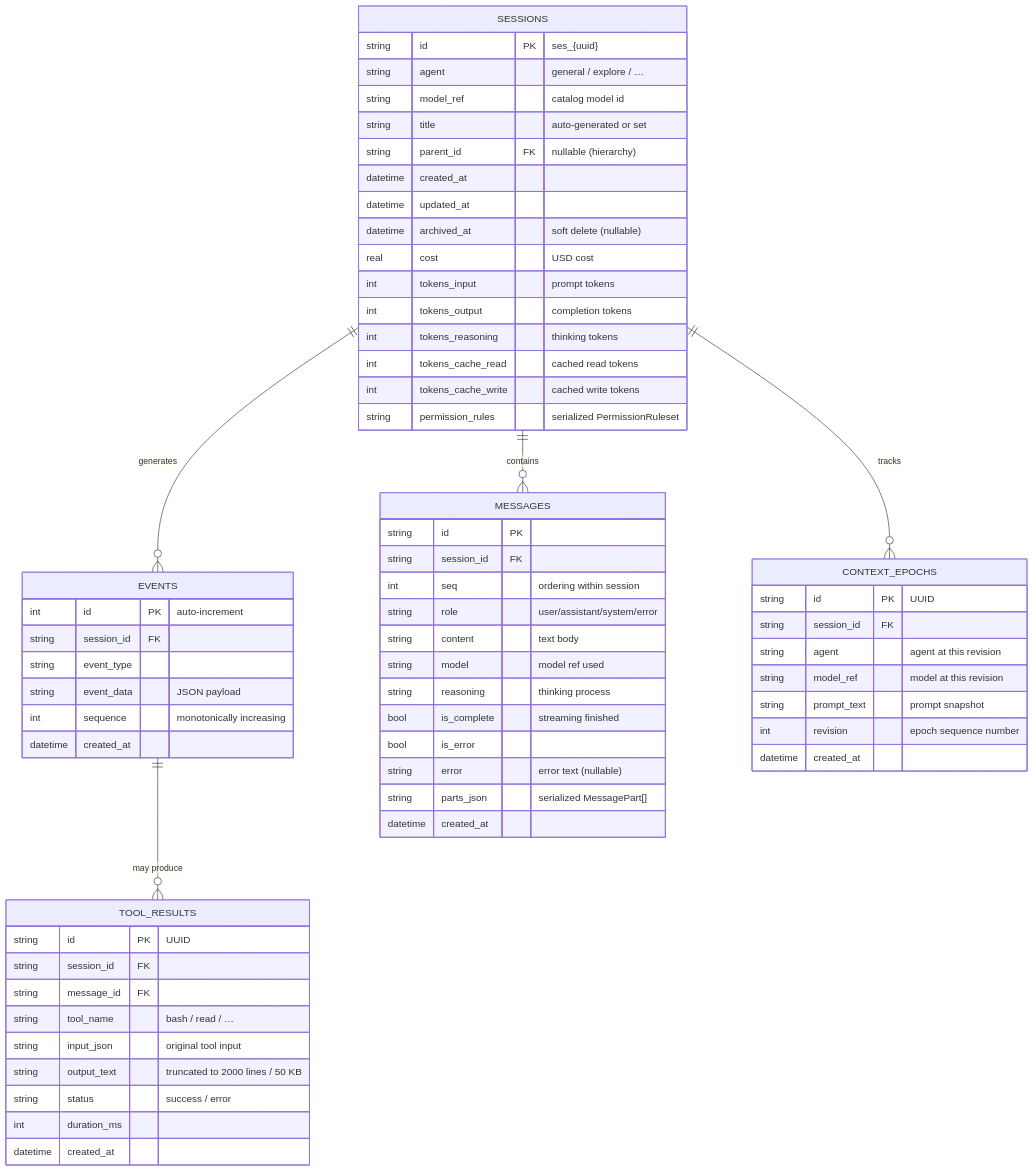
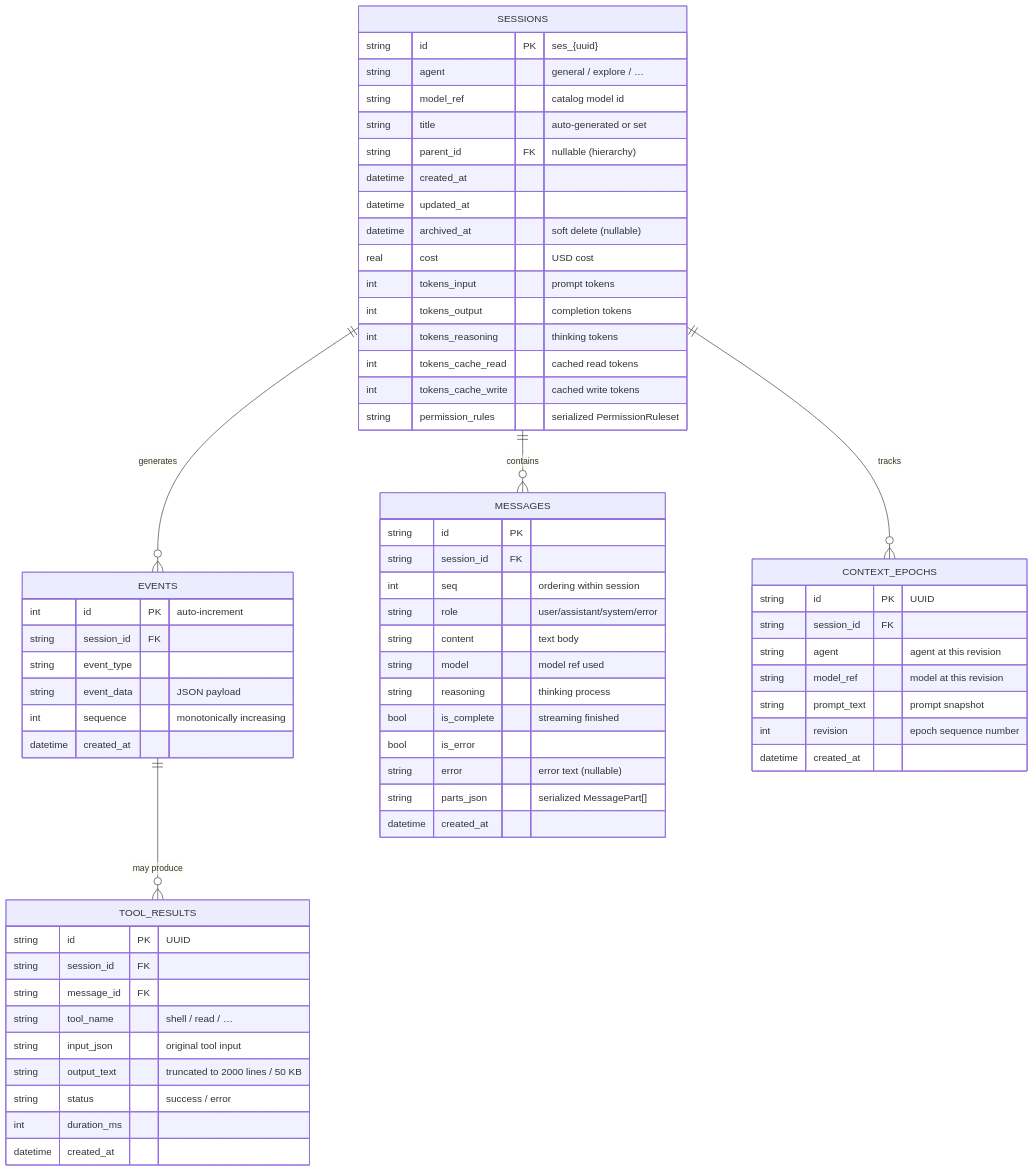
Before and after one commit to AmidVoshakul/chatorai: the first of 3 diagrams in docs/diagrams/sessions.md, drawn with Mermaid. The commit also changed 179 other files, not shown here.

First line of the commit message:
Refactor tool references from 'bash' to 'shell' across multiple test files and implementations

````diff
--- a/docs/diagrams/sessions.md
+++ b/docs/diagrams/sessions.md
@@ -10,71 +10,71 @@
 ```mermaid
 erDiagram
     SESSIONS ||--o{ EVENTS : "generates"
     SESSIONS ||--o{ MESSAGES : "contains"
     SESSIONS ||--o{ CONTEXT_EPOCHS : "tracks"
     EVENTS ||--o{ TOOL_RESULTS : "may produce"
 
     SESSIONS {
         string id PK "ses_{uuid}"
         string agent "general / explore / …"
         string model_ref "catalog model id"
         string title "auto-generated or set"
         string parent_id FK "nullable (hierarchy)"
         datetime created_at
         datetime updated_at
         datetime archived_at "soft delete (nullable)"
         real cost "USD cost"
         int tokens_input "prompt tokens"
         int tokens_output "completion tokens"
         int tokens_reasoning "thinking tokens"
         int tokens_cache_read "cached read tokens"
         int tokens_cache_write "cached write tokens"
         string permission_rules "serialized PermissionRuleset"
     }
 
     EVENTS {
         int id PK "auto-increment"
         string session_id FK
         string event_type
         string event_data "JSON payload"
         int sequence "monotonically increasing"
         datetime created_at
     }
 
     MESSAGES {
         string id PK
         string session_id FK
         int seq "ordering within session"
         string role "user/assistant/system/error"
         string content "text body"
         string model "model ref used"
         string reasoning "thinking process"
         bool is_complete "streaming finished"
         bool is_error
         string error "error text (nullable)"
         string parts_json "serialized MessagePart[]"
         datetime created_at
     }
 
     TOOL_RESULTS {
         string id PK "UUID"
         string session_id FK
         string message_id FK
-        string tool_name "bash / read / …"
+        string tool_name "shell / read / …"
         string input_json "original tool input"
         string output_text "truncated to 2000 lines / 50 KB"
         string status "success / error"
         int duration_ms
         datetime created_at
     }
 
     CONTEXT_EPOCHS {
         string id PK "UUID"
         string session_id FK
         string agent "agent at this revision"
         string model_ref "model at this revision"
         string prompt_text "prompt snapshot"
         int revision "epoch sequence number"
         datetime created_at
     }
 ```
````
